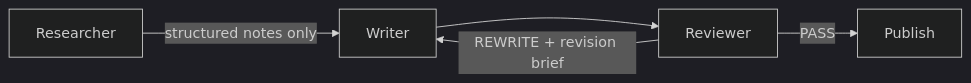
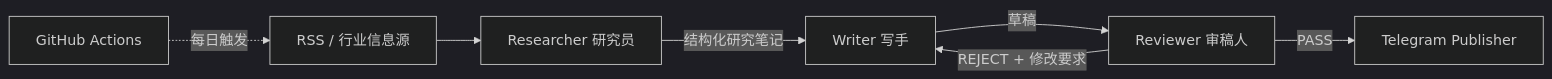
Before and after one commit to MartinKuai/chip-news-ai-workflow: the diagram in README.md, drawn with Mermaid (dark theme). The commit also changed other lines of this file, not shown here.

````diff
--- a/README.md
+++ b/README.md
@@ -121,7 +19,9 @@
 ```mermaid
 flowchart LR
-    A[Researcher] -->|structured notes only| B[Writer]
-    B --> C[Reviewer]
-    C -->|PASS| D[Publish]
-    C -->|REWRITE + revision brief| B
+    A[RSS / 行业信息源] --> B[Researcher 研究员]
+    B -->|结构化研究笔记| C[Writer 写手]
+    C -->|草稿| D[Reviewer 审稿人]
+    D -->|PASS| E[Telegram Publisher]
+    D -->|REJECT + 修改要求| C
+    F[GitHub Actions] -. 每日触发 .-> A
 ```
````
